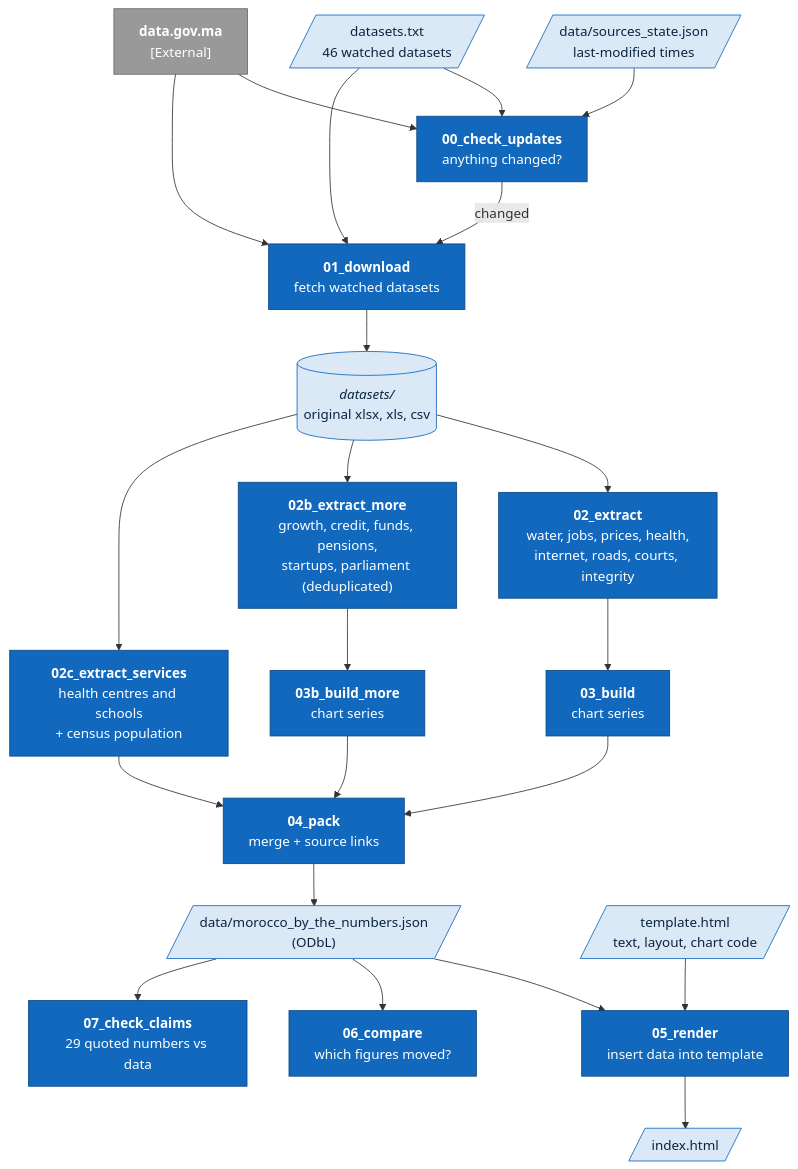
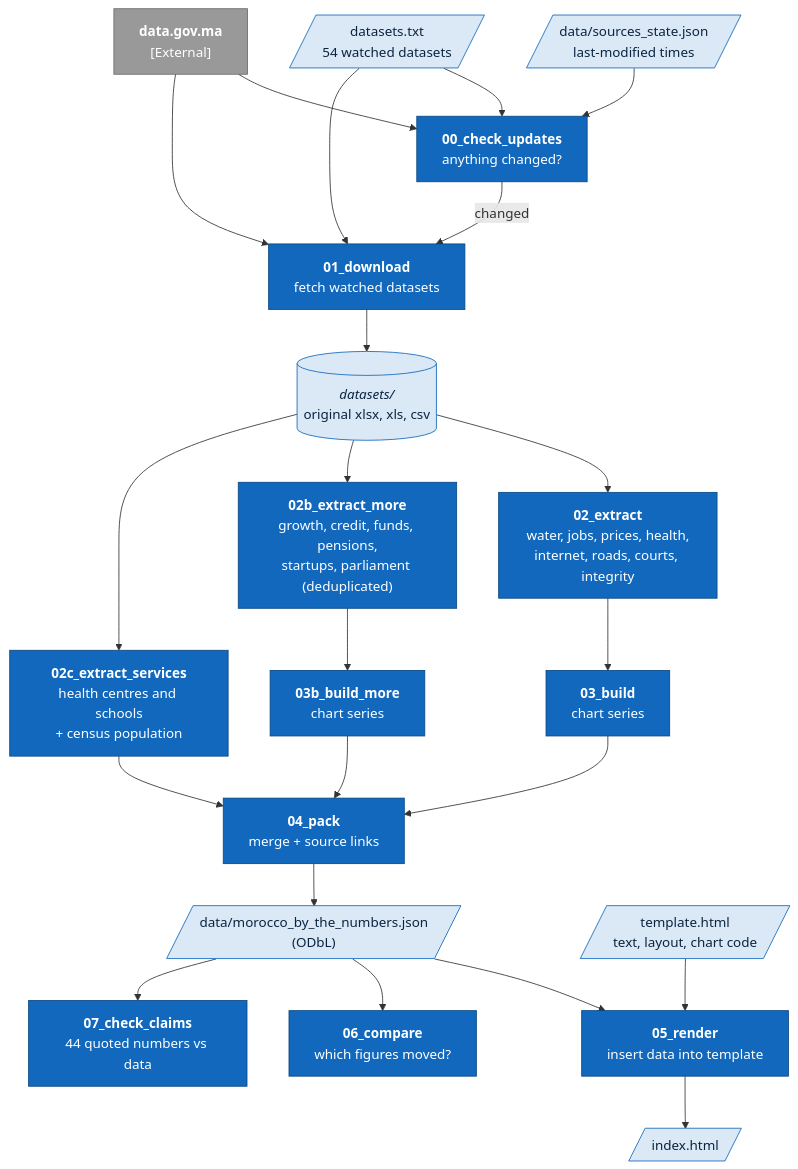
Before and after one commit to titiabdelghafour8-lab/morocco-by-the-numbers: the third of 5 diagrams in docs/ARCHITECTURE.md, drawn with Mermaid. The commit also changed other lines of this file and 1 other file, not shown here.

Commit message:
Docs: update dataset and claim counts

````diff
--- a/docs/ARCHITECTURE.md
+++ b/docs/ARCHITECTURE.md
@@ -80,46 +80,46 @@
 ```mermaid
 flowchart TB
     portal["<b>data.gov.ma</b><br/>[External]"]
-    list[/"datasets.txt<br/>46 watched datasets"/]
+    list[/"datasets.txt<br/>54 watched datasets"/]
     state[/"data/sources_state.json<br/>last-modified times"/]
 
     check["<b>00_check_updates</b><br/>anything changed?"]
     dl["<b>01_download</b><br/>fetch watched datasets"]
     raw[("<i>datasets/</i><br/>original xlsx, xls, csv")]
     ex1["<b>02_extract</b><br/>water, jobs, prices, health,<br/>internet, roads, courts, integrity"]
     ex2["<b>02b_extract_more</b><br/>growth, credit, funds, pensions,<br/>startups, parliament (deduplicated)"]
     ex3["<b>02c_extract_services</b><br/>health centres and schools<br/>+ census population"]
     b1["<b>03_build</b><br/>chart series"]
     b2["<b>03b_build_more</b><br/>chart series"]
     pack["<b>04_pack</b><br/>merge + source links"]
     data[/"data/morocco_by_the_numbers.json<br/>(ODbL)"/]
     tpl[/"template.html<br/>text, layout, chart code"/]
     render["<b>05_render</b><br/>insert data into template"]
     page[/"index.html"/]
     cmp["<b>06_compare</b><br/>which figures moved?"]
-    claims["<b>07_check_claims</b><br/>29 quoted numbers vs data"]
+    claims["<b>07_check_claims</b><br/>44 quoted numbers vs data"]
 
     list --> check
     state --> check
     portal --> check
     check -- "changed" --> dl
     list --> dl
     portal --> dl
     dl --> raw
     raw --> ex1 --> b1 --> pack
     raw --> ex2 --> b2 --> pack
     raw --> ex3 --> pack
     pack --> data
     data --> render
     tpl --> render
     render --> page
     data --> cmp
     data --> claims
 
     classDef internal fill:#1168bd,stroke:#0b4884,color:#fff
     classDef store fill:#dbe8f6,stroke:#1168bd,color:#0b2540
     classDef external fill:#999,stroke:#6b6b6b,color:#fff
     class check,dl,ex1,ex2,ex3,b1,b2,pack,render,cmp,claims internal
     class list,state,raw,data,tpl,page store
     class portal external
 ```
````
